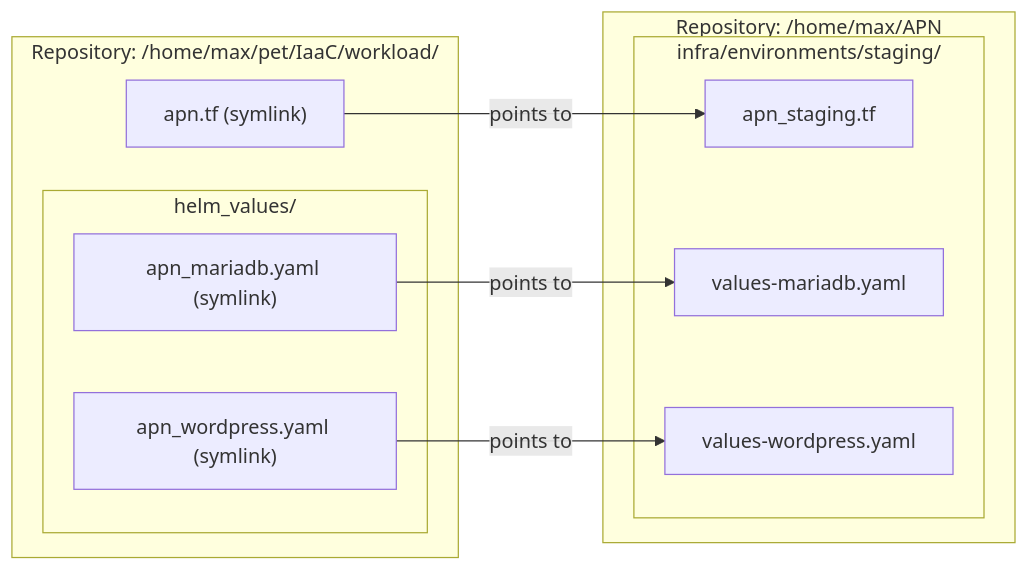
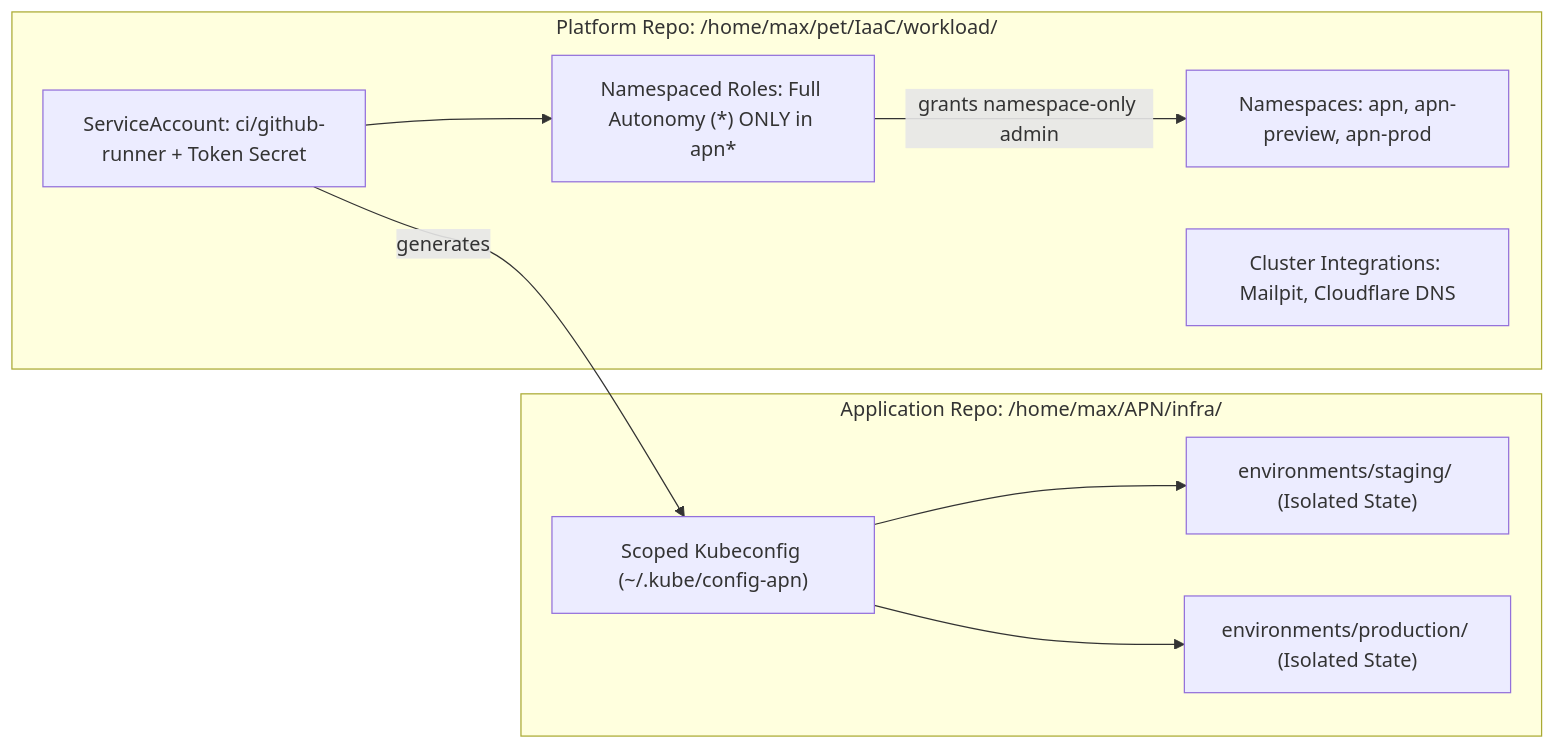
One commit to reidMaks/test changed the diagram in docs/architecture/030-apn-environment-segregation-and-symlinks.md. Above: the diagram before and after it, drawn with Mermaid. The commit also changed other lines of this file and 4 other files, not shown here.

Commit message:
feat(workload): isolate APN into sandbox namespaces and fix GitHub Actions CI

````diff
--- a/docs/architecture/030-apn-environment-segregation-and-symlinks.md
+++ b/docs/architecture/030-apn-environment-segregation-and-symlinks.md
@@ -24,22 +16,21 @@
 ```mermaid
 flowchart LR
-    subgraph APN_Repo["Repository: /home/max/APN"]
-        subgraph Staging_Env["infra/environments/staging/"]
-            APN_TF["apn_staging.tf"]
-            DB_Val["values-mariadb.yaml"]
-            WP_Val["values-wordpress.yaml"]
-        end
+    subgraph IaaC_Repo["Platform Repo: /home/max/pet/IaaC/workload/"]
+        NS["Namespaces: apn, apn-preview, apn-prod"]
+        SA["ServiceAccount: ci/github-runner + Token Secret"]
+        RBAC["Namespaced Roles: Full Autonomy (*) ONLY in apn*"]
+        Shared["Cluster Integrations: Mailpit, Cloudflare DNS"]
     end
 
-    subgraph IaaC_Repo["Repository: /home/max/pet/IaaC/workload/"]
-        Sym_TF["apn.tf (symlink)"]
-        subgraph Helm_Values["helm_values/"]
-            Sym_DB["apn_mariadb.yaml (symlink)"]
-            Sym_WP["apn_wordpress.yaml (symlink)"]
-        end
+    subgraph APN_Repo["Application Repo: /home/max/APN/infra/"]
+        Kubeconfig["Scoped Kubeconfig (~/.kube/config-apn)"]
+        Staging["environments/staging/ (Isolated State)"]
+        Prod["environments/production/ (Isolated State)"]
     end
 
-    Sym_TF -->|points to| APN_TF
-    Sym_DB -->|points to| DB_Val
-    Sym_WP -->|points to| WP_Val
+    SA --> RBAC
+    RBAC -->|grants namespace-only admin| NS
+    SA -->|generates| Kubeconfig
+    Kubeconfig --> Staging
+    Kubeconfig --> Prod
 ```
````
